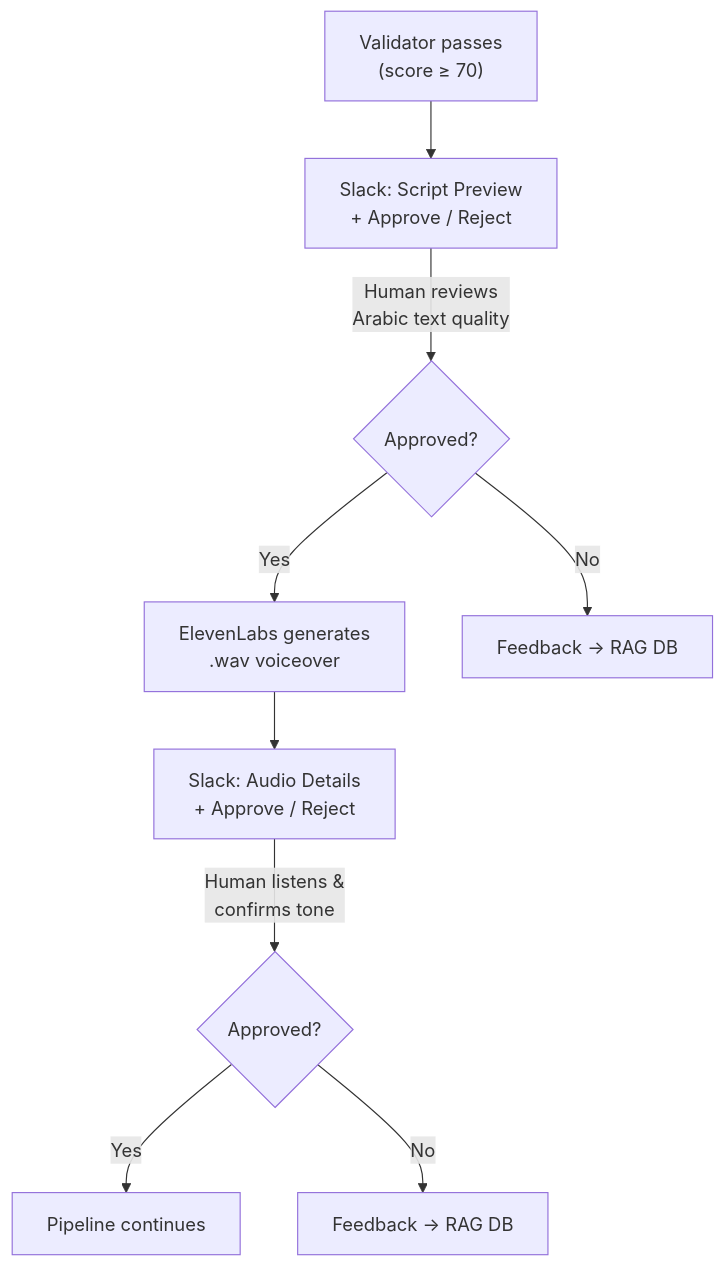
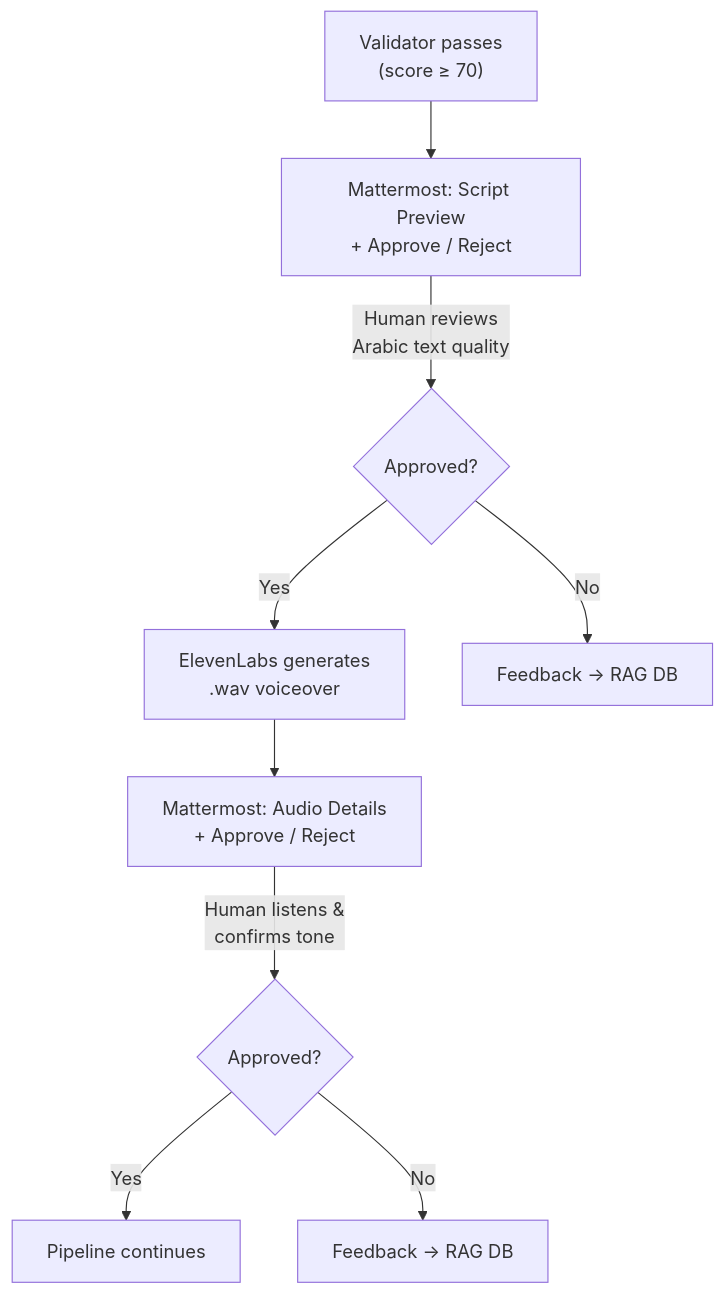
Before and after one commit to Adamo-97/pi_setup: the fourth of 4 diagrams in pi_youtube_stack/README.md, drawn with Mermaid. The commit also changed other lines of this file and 39 other files, not shown here.

````diff
--- a/pi_youtube_stack/README.md
+++ b/pi_youtube_stack/README.md
@@ -313,11 +315,11 @@
 ```mermaid
 flowchart TD
-    V["Validator passes\n(score ≥ 70)"] --> S1["Slack: Script Preview\n+ Approve / Reject"]
+    V["Validator passes\n(score ≥ 70)"] --> S1["Mattermost: Script Preview\n+ Approve / Reject"]
     S1 -->|"Human reviews\nArabic text quality"| A1{"Approved?"}
     A1 -->|Yes| TTS["ElevenLabs generates\n.wav voiceover"]
     A1 -->|No| RAG1["Feedback → RAG DB"]
-    TTS --> S2["Slack: Audio Details\n+ Approve / Reject"]
+    TTS --> S2["Mattermost: Audio Details\n+ Approve / Reject"]
     S2 -->|"Human listens &\nconfirms tone"| A2{"Approved?"}
     A2 -->|Yes| Done["Pipeline continues"]
     A2 -->|No| RAG2["Feedback → RAG DB"]
 ```
````
